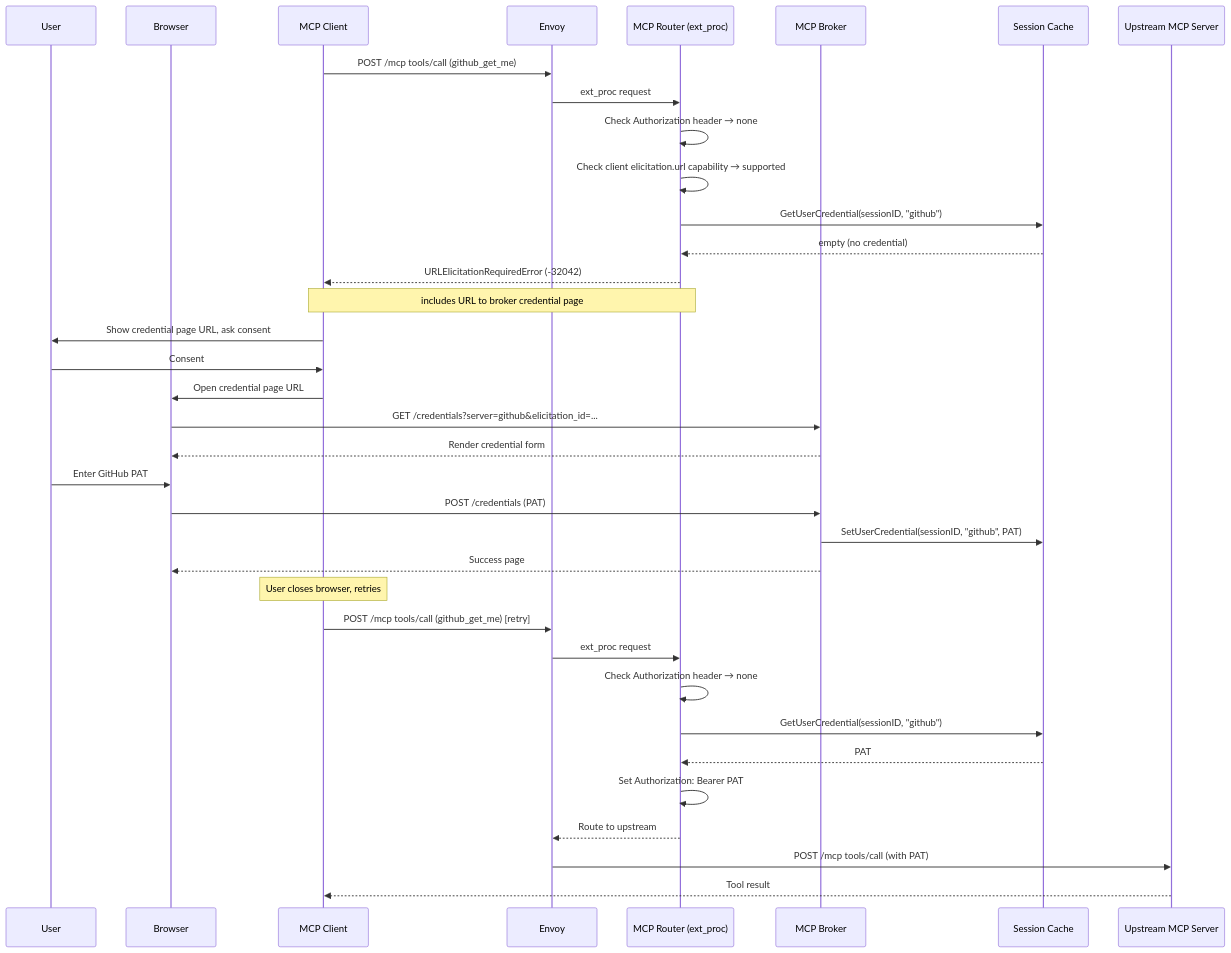
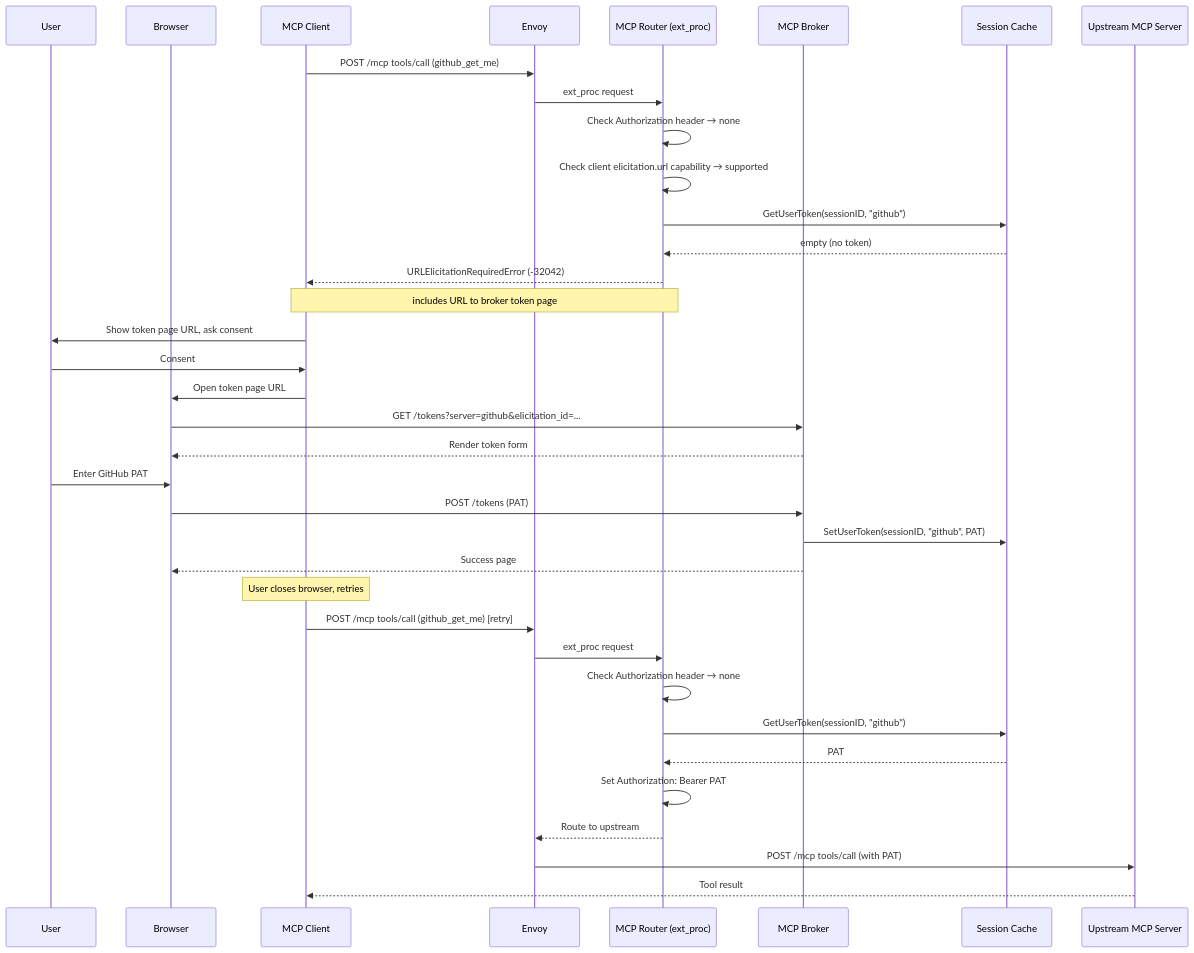
One commit to Kuadrant/mcp-gateway changed the first of 2 diagrams in docs/design/gateway-url-token-elicitation/gateway-url-token-elicitation-design.md. Above: the diagram before and after it, drawn with Mermaid. The commit also changed other lines of this file, not shown here.

Commit message:
replace credential with token

````diff
--- a/docs/design/gateway-url-token-elicitation/gateway-url-token-elicitation-design.md
+++ b/docs/design/gateway-url-token-elicitation/gateway-url-token-elicitation-design.md
@@ -67,42 +67,42 @@
 ```mermaid
 sequenceDiagram
     participant User
     participant Browser
     participant Client as MCP Client
     participant Gateway as Envoy
     participant Router as MCP Router (ext_proc)
     participant Broker as MCP Broker
     participant Cache as Session Cache
     participant Upstream as Upstream MCP Server
 
     Client->>Gateway: POST /mcp tools/call (github_get_me)
     Gateway->>Router: ext_proc request
     Router->>Router: Check Authorization header → none
     Router->>Router: Check client elicitation.url capability → supported
-    Router->>Cache: GetUserCredential(sessionID, "github")
-    Cache-->>Router: empty (no credential)
+    Router->>Cache: GetUserToken(sessionID, "github")
+    Cache-->>Router: empty (no token)
     Router-->>Client: URLElicitationRequiredError (-32042)
-    Note over Router,Client: includes URL to broker credential page
+    Note over Router,Client: includes URL to broker token page
 
-    Client->>User: Show credential page URL, ask consent
+    Client->>User: Show token page URL, ask consent
     User->>Client: Consent
-    Client->>Browser: Open credential page URL
+    Client->>Browser: Open token page URL
 
-    Browser->>Broker: GET /credentials?server=github&elicitation_id=...
-    Broker-->>Browser: Render credential form
+    Browser->>Broker: GET /tokens?server=github&elicitation_id=...
+    Broker-->>Browser: Render token form
     User->>Browser: Enter GitHub PAT
-    Browser->>Broker: POST /credentials (PAT)
-    Broker->>Cache: SetUserCredential(sessionID, "github", PAT)
+    Browser->>Broker: POST /tokens (PAT)
+    Broker->>Cache: SetUserToken(sessionID, "github", PAT)
     Broker-->>Browser: Success page
 
     Note over Client: User closes browser, retries
     Client->>Gateway: POST /mcp tools/call (github_get_me) [retry]
     Gateway->>Router: ext_proc request
     Router->>Router: Check Authorization header → none
-    Router->>Cache: GetUserCredential(sessionID, "github")
+    Router->>Cache: GetUserToken(sessionID, "github")
     Cache-->>Router: PAT
     Router->>Router: Set Authorization: Bearer PAT
     Router-->>Gateway: Route to upstream
     Gateway->>Upstream: POST /mcp tools/call (with PAT)
     Upstream-->>Client: Tool result
 ```
````
